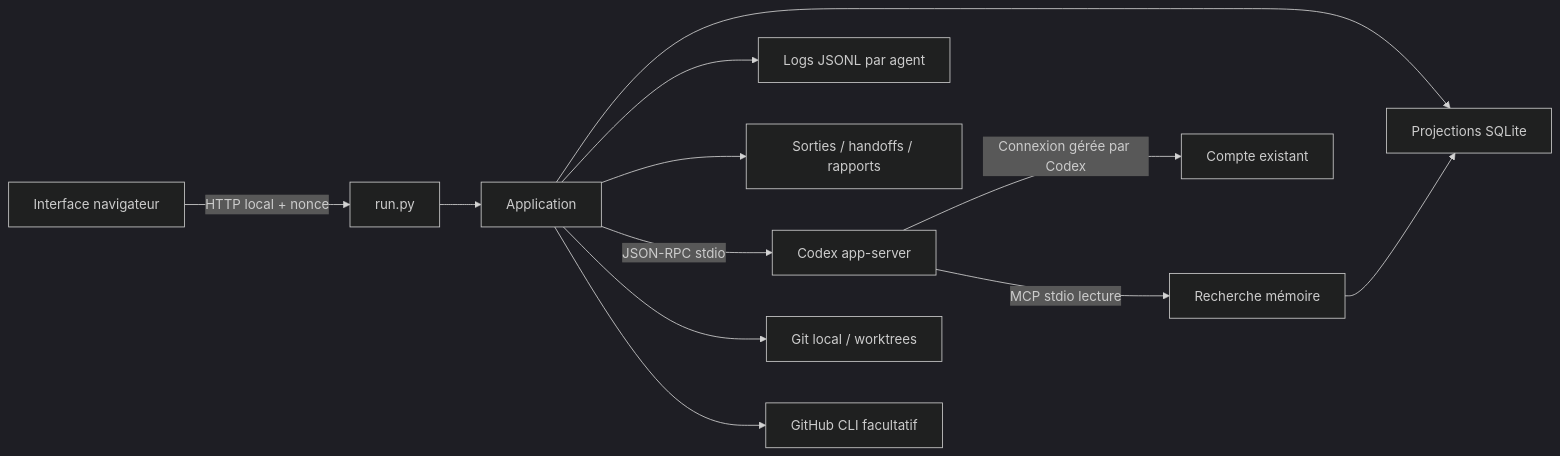
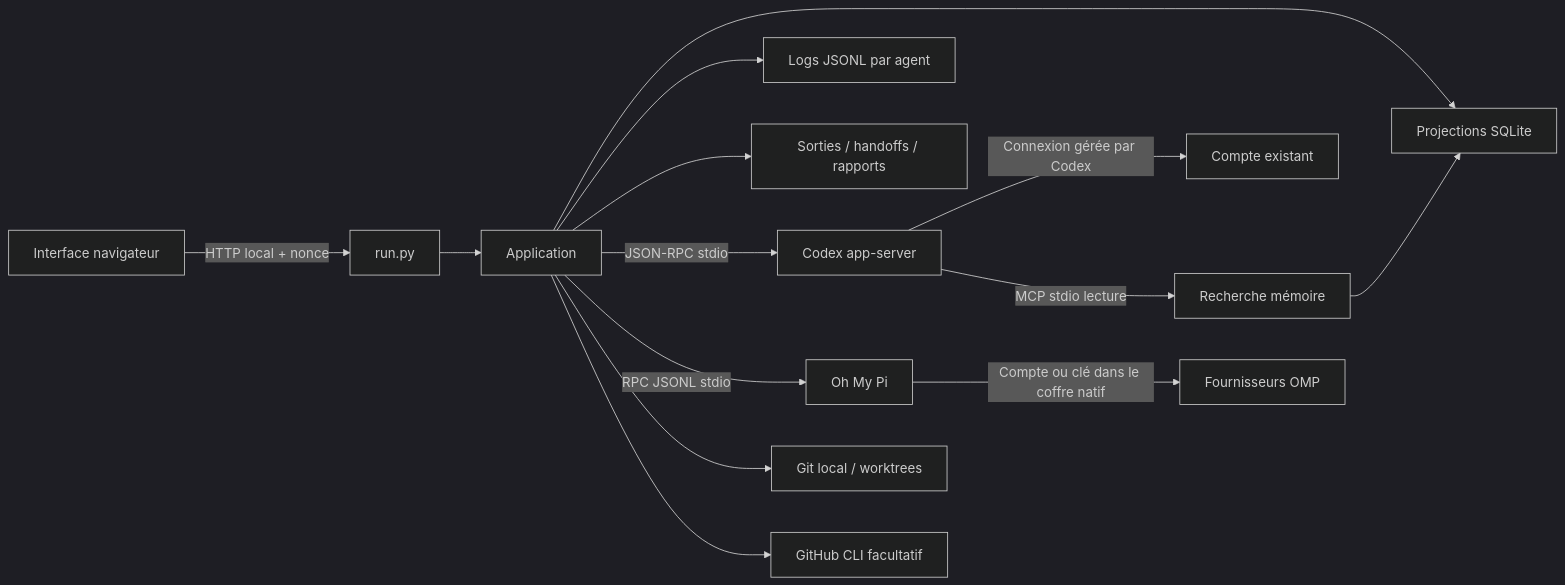
One commit to Dmkn78/CLI_agent_dev changed the diagram in docs/ARCHITECTURE.md. Above: the diagram before and after it, drawn with Mermaid (dark theme). The commit also changed other lines of this file and 35 other files, not shown here.

````diff
--- a/docs/ARCHITECTURE.md
+++ b/docs/ARCHITECTURE.md
@@ -3,14 +3,16 @@
 ```mermaid
 flowchart LR
   UI[Interface navigateur] -->|HTTP local + nonce| HTTP[run.py]
   HTTP --> APP[Application]
   APP --> SQLITE[Projections SQLite]
   APP --> LOGS[Logs JSONL par agent]
   APP --> ART[Sorties / handoffs / rapports]
   APP -->|JSON-RPC stdio| CODEX[Codex app-server]
+  APP -->|RPC JSONL stdio| OMP[Oh My Pi]
+  OMP -->|Compte ou clé dans le coffre natif| PROVIDERS[Fournisseurs OMP]
   CODEX -->|Connexion gérée par Codex| PLAN[Compte existant]
   CODEX -->|MCP stdio lecture| MEM[Recherche mémoire]
   MEM --> SQLITE
   APP --> GIT[Git local / worktrees]
   APP --> GH[GitHub CLI facultatif]
 ```
````
